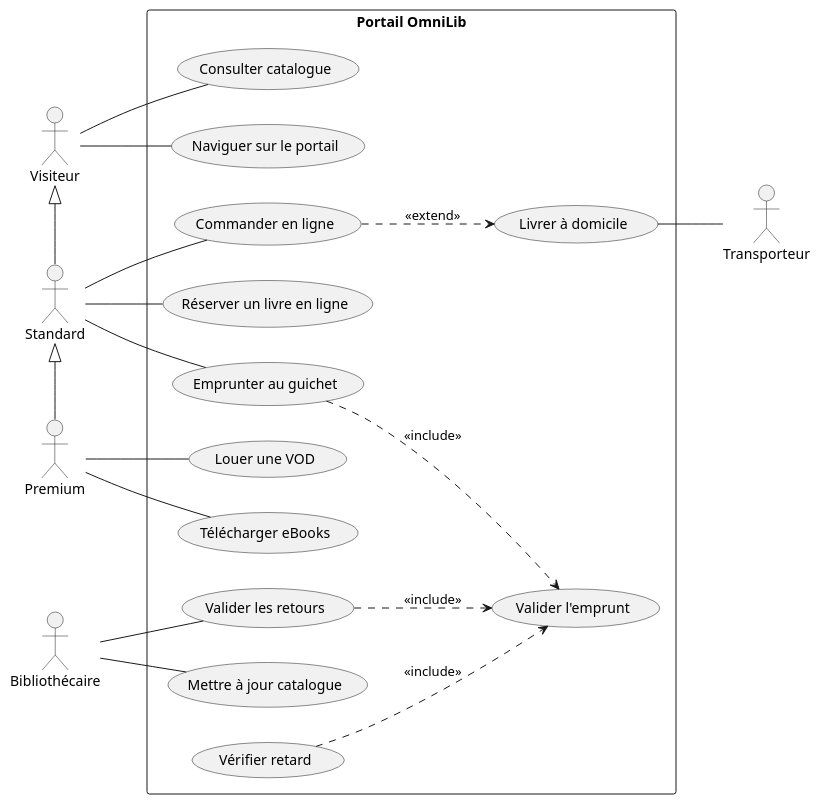
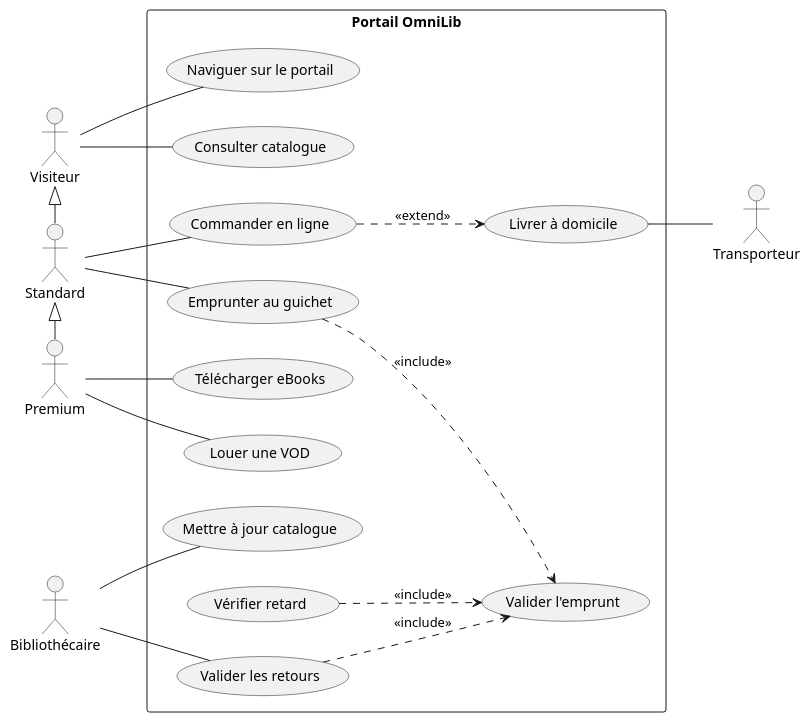
Before and after one commit to OraneM99/omniLib: the first of 2 diagrams in README.md, drawn with PlantUML. The commit also changed other lines of this file and 5 other files, not shown here.

Commit message:
Diagramme de class

````diff
--- a/README.md
+++ b/README.md
@@ -3,59 +3,57 @@
 ```plantuml
 @startuml
 left to right direction
 
 actor "Visiteur" as VS
 actor "Standard" as ST
 actor "Premium" as PR
 
 actor "Bibliothécaire" as BL
 
 ST -left-|>  VS
 PR -left-|> ST
 
 ' --- SYSTÈME ---
 rectangle "Portail OmniLib" {
 
     (Naviguer sur le portail) as UC_Portail
     (Consulter catalogue) as UC_Catalogue
     (Télécharger eBooks) as UC_Telecharger
     (Louer une VOD) as UC_Louer
-    (Réserver un livre en ligne) as UC_Reserver
     (Emprunter au guichet) as UC_Emprunt
     (Commander en ligne) as UC_Ligne
     (Livrer à domicile) as UC_Transport 
 
     (Mettre à jour catalogue) as UC_MiseAJour
     (Valider les retours) as UC_Retours
     (Vérifier retard) as UC_Verifier
     (Valider l'emprunt) as UC_Valider
 
 
     UC_Emprunt ..> UC_Valider : <<include>>
     UC_Verifier ..> UC_Valider : <<include>>
     UC_Retours ..> UC_Valider : <<include>>
     UC_Ligne ..> UC_Transport : <<extend>>
 }
 
 actor "Transporteur" as TR
 
 VS -- UC_Portail
 VS -- UC_Catalogue
 
-ST -- UC_Reserver
 ST -- UC_Ligne
 ST -- UC_Emprunt
 
 PR -- UC_Telecharger
 PR -- UC_Louer
 
 BL -- UC_MiseAJour
 BL -- UC_Retours
 
 
 
 UC_Transport -- TR 
 
 
 @enduml
 ```
````
